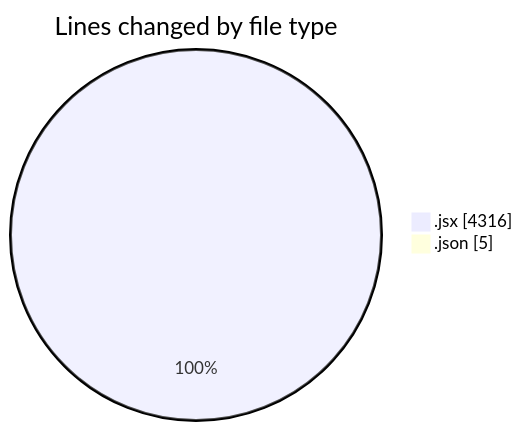
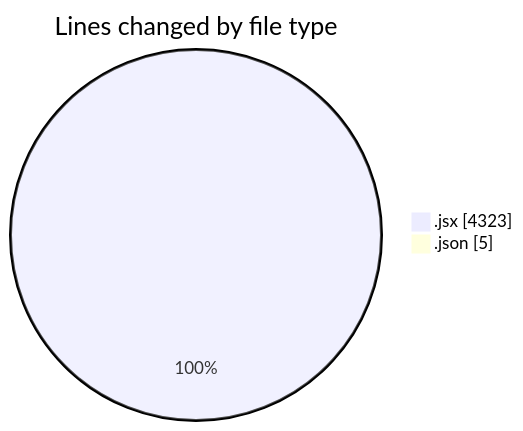
Before and after one commit to nxtqubesakshisongat/code-tracking: the first of 2 diagrams in 2025-11-18/nxtqube_webapp/README.md, drawn with Mermaid. The commit also changed other lines of this file and 1 other file, not shown here.

````diff
--- a/2025-11-18/nxtqube_webapp/README.md
+++ b/2025-11-18/nxtqube_webapp/README.md
@@ -25,6 +25,6 @@
 ```mermaid
 pie showData
 title Lines changed by file type
-".jsx" : 4316
+".jsx" : 4323
 ".json" : 5
 ```
````
